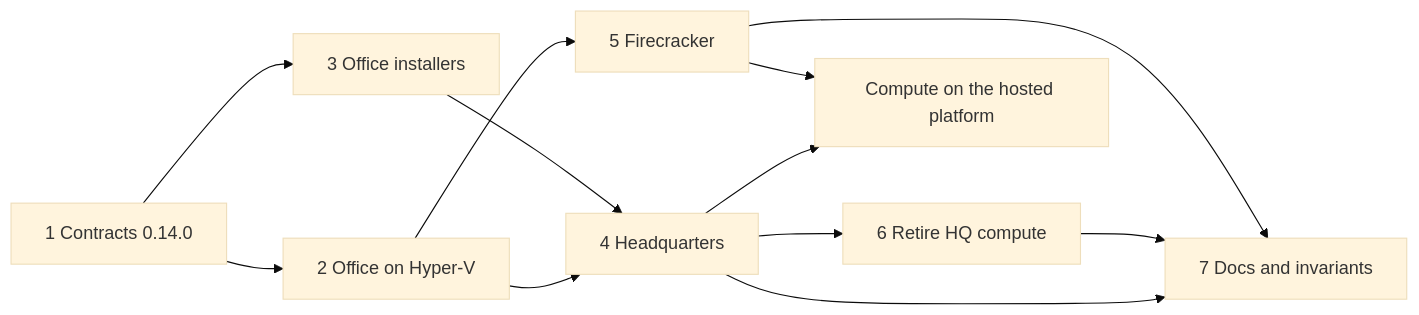
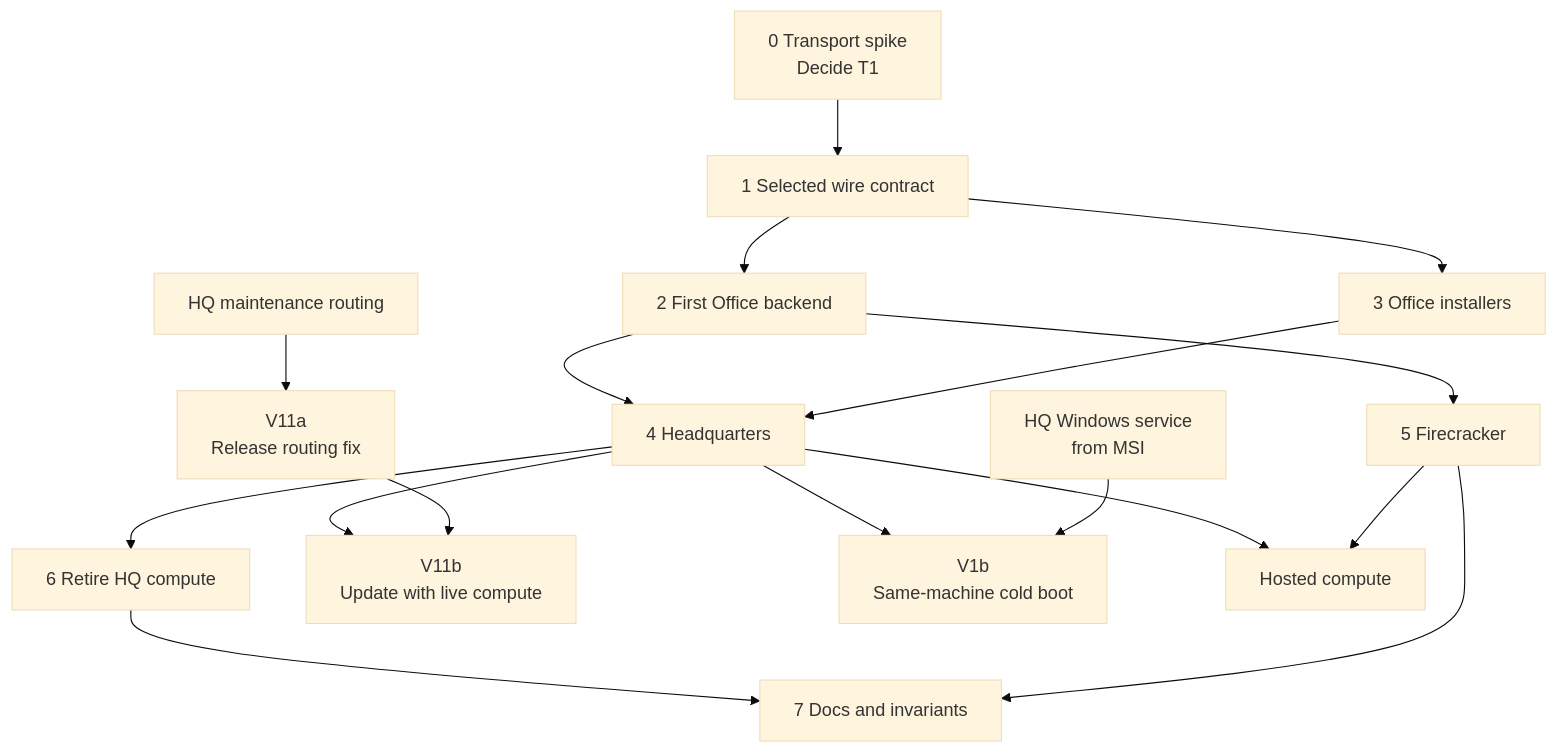
The diagram in docs/implementation/unattended-machine-operations/03-work-plan.md (CrosswiredStudios/C-Sweet), drawn with Mermaid (base theme) before and after one commit. The commit also changed other lines of this file and 5 other files, not shown here.

Commit message:
Sequence unattended compute work around transport and boot gates

````diff
--- a/docs/implementation/unattended-machine-operations/03-work-plan.md
+++ b/docs/implementation/unattended-machine-operations/03-work-plan.md
@@ -27,14 +42,19 @@
 ```mermaid
-flowchart LR
-    P1["1 Contracts 0.14.0"] --> P2["2 Office on Hyper-V"]
+flowchart TD
+    Fix["HQ maintenance routing"] --> V11a["V11a<br/>Release routing fix"]
+    P0["0 Transport spike<br/>Decide T1"] --> P1["1 Selected wire contract"]
+    P1 --> P2["2 First Office backend"]
     P1 --> P3["3 Office installers"]
     P2 --> P4["4 Headquarters"]
     P3 --> P4
     P2 --> P5["5 Firecracker"]
     P4 --> P6["6 Retire HQ compute"]
-    P4 --> Hosted["Compute on the hosted platform"]
+    P4 --> V11b["V11b<br/>Update with live compute"]
+    V11a --> V11b
+    P4 --> V1b["V1b<br/>Same-machine cold boot"]
+    MSI["HQ Windows service<br/>from MSI"] --> V1b
+    P4 --> Hosted["Hosted compute"]
     P5 --> Hosted
-    P4 --> P7["7 Docs and invariants"]
-    P6 --> P7
+    P6 --> P7["7 Docs and invariants"]
     P5 --> P7
 ```
````
